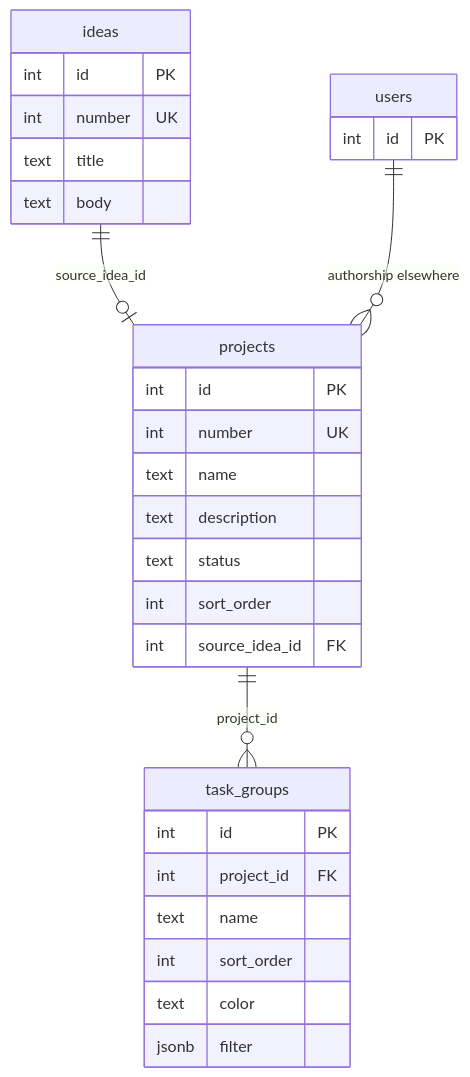
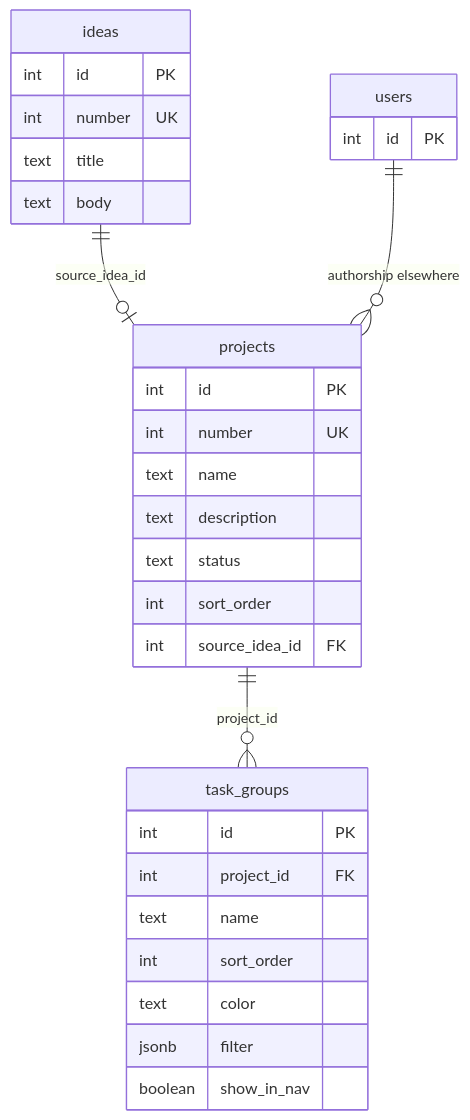
The diagram in docs/database/projects-and-ideas.md (blackrook-io/taskmesh), drawn with Mermaid before and after one commit. The commit also changed other lines of this file and 18 other files, not shown here.

````diff
--- a/docs/database/projects-and-ideas.md
+++ b/docs/database/projects-and-ideas.md
@@ -9,32 +9,33 @@
 ```mermaid
 erDiagram
   ideas ||--o| projects : "source_idea_id"
   projects ||--o{ task_groups : "project_id"
   users ||--o{ projects : "authorship elsewhere"
   ideas {
     int id PK
     int number UK
     text title
     text body
   }
   projects {
     int id PK
     int number UK
     text name
     text description
     text status
     int sort_order
     int source_idea_id FK
   }
   task_groups {
     int id PK
     int project_id FK
     text name
     int sort_order
     text color
     jsonb filter
+    boolean show_in_nav
   }
   users {
     int id PK
   }
 ```
````
